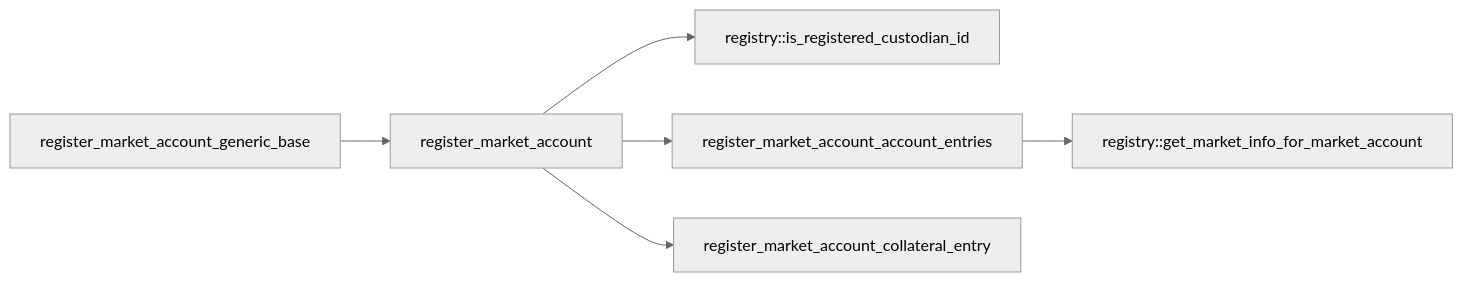
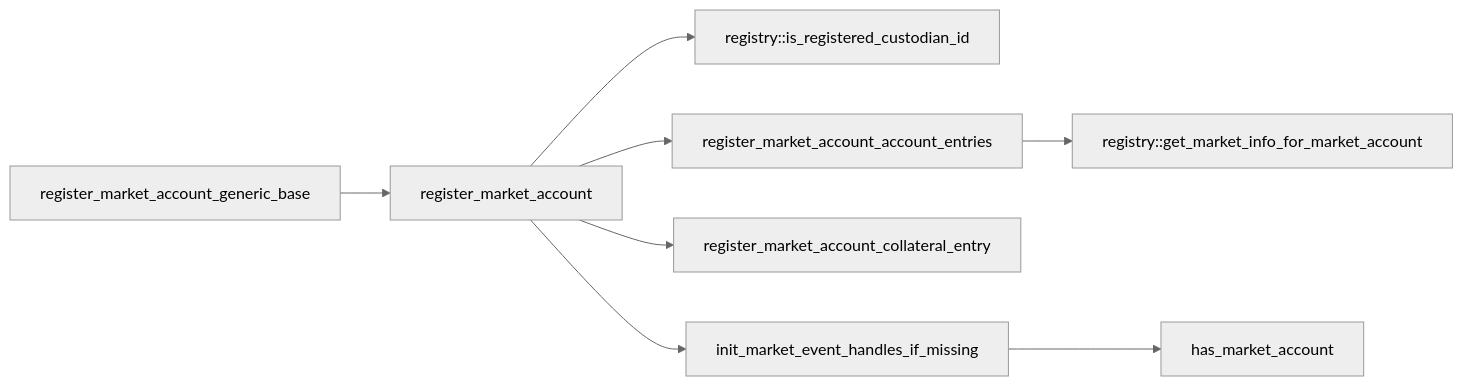
The fourth of 5 diagrams in src/move/econia/doc/user.md (econia-labs/econia), drawn with Mermaid (neutral theme) before and after one commit. The commit also changed other lines of this file and 5 other files, not shown here.

````diff
--- a/src/move/econia/doc/user.md
+++ b/src/move/econia/doc/user.md
@@ -304,14 +325,17 @@
 ```mermaid
 
 flowchart LR
 
 register_market_account --> registry::is_registered_custodian_id
 register_market_account --> register_market_account_account_entries
 register_market_account --> register_market_account_collateral_entry
+register_market_account --> init_market_event_handles_if_missing
 
 register_market_account_generic_base --> register_market_account
 
 register_market_account_account_entries -->
 registry::get_market_info_for_market_account
 
+init_market_event_handles_if_missing --> has_market_account
+
 ```
````
